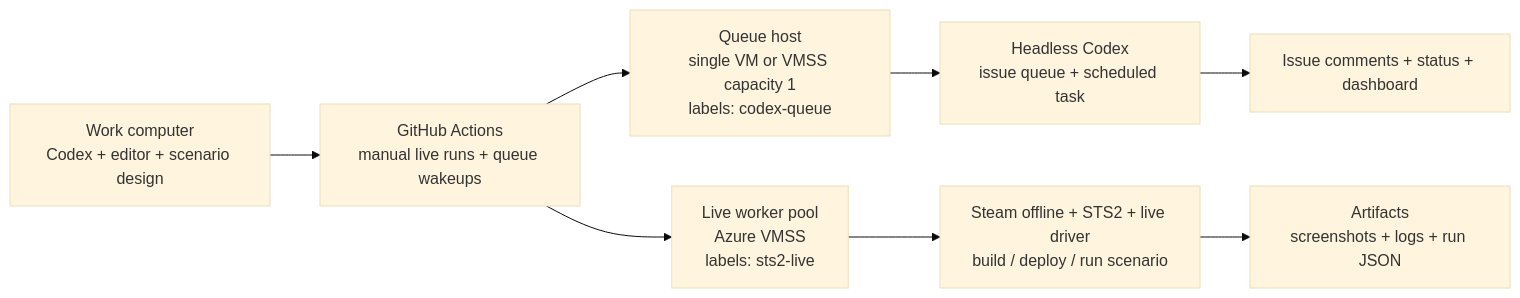
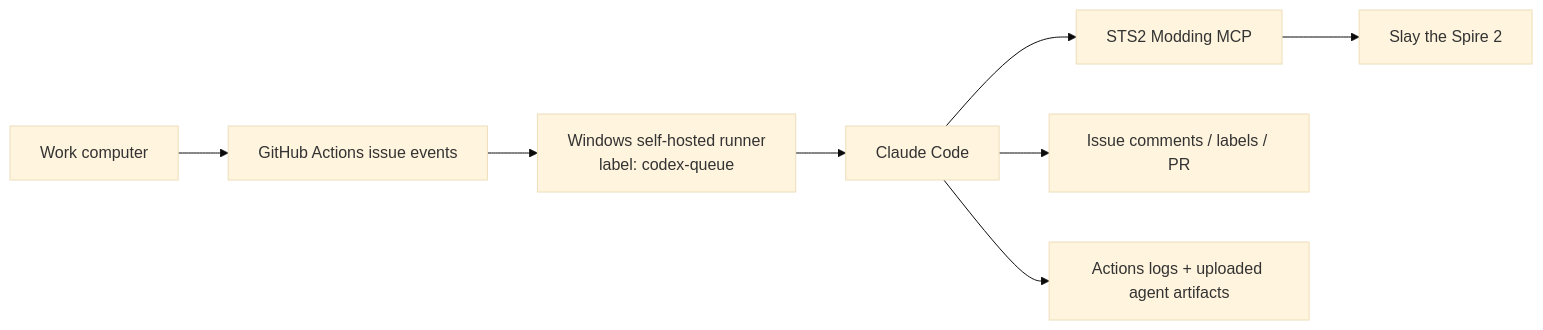
The diagram in docs/vmss-worker-bootstrap.md (nelsong6/card-utility-stats), drawn with Mermaid (base theme) before and after one commit. The commit also changed other lines of this file and 22 other files, not shown here.

````diff
--- a/docs/vmss-worker-bootstrap.md
+++ b/docs/vmss-worker-bootstrap.md
@@ -27,10 +16,10 @@
 ```mermaid
 flowchart LR
-    A["Work computer<br/>Codex + editor + scenario design"] --> B["GitHub Actions<br/>manual live runs + queue wakeups"]
-    B --> C["Queue host<br/>single VM or VMSS capacity 1<br/>labels: codex-queue"]
-    B --> D["Live worker pool<br/>Azure VMSS<br/>labels: sts2-live"]
-    C --> E["Headless Codex<br/>issue queue + scheduled task"]
-    D --> F["Steam offline + STS2 + live driver<br/>build / deploy / run scenario"]
-    E --> G["Issue comments + status + dashboard"]
-    F --> H["Artifacts<br/>screenshots + logs + run JSON"]
+    A["Work computer"] --> B["GitHub Actions issue events"]
+    B --> C["Windows self-hosted runner<br/>label: codex-queue"]
+    C --> D["Claude Code"]
+    D --> E["STS2 Modding MCP"]
+    E --> F["Slay the Spire 2"]
+    D --> G["Issue comments / labels / PR"]
+    D --> H["Actions logs + uploaded agent artifacts"]
 ```
````
